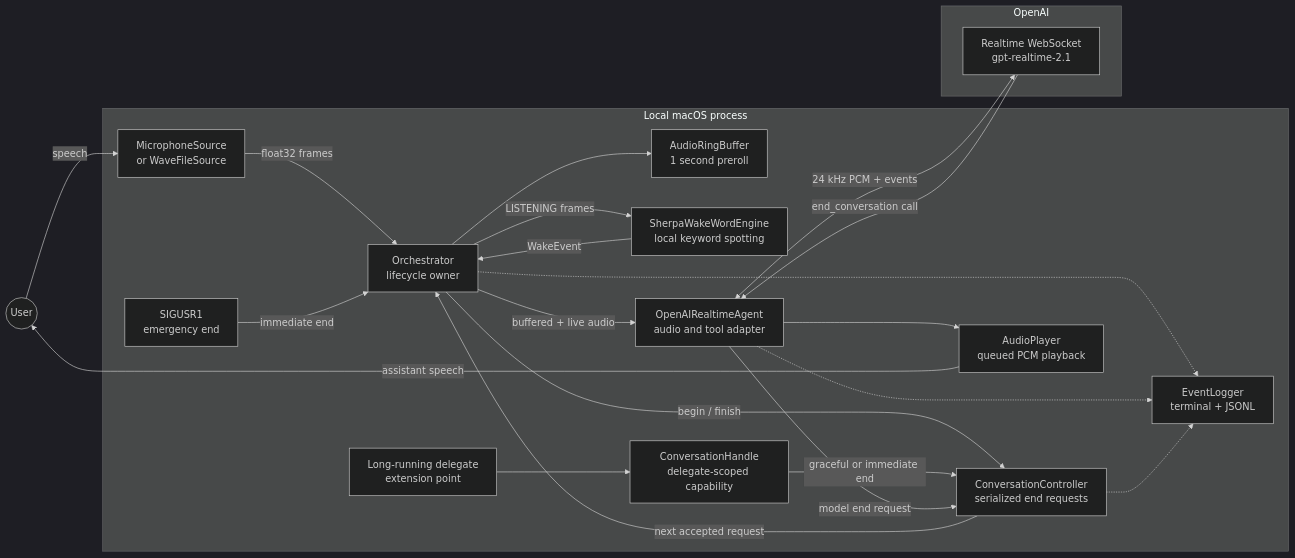
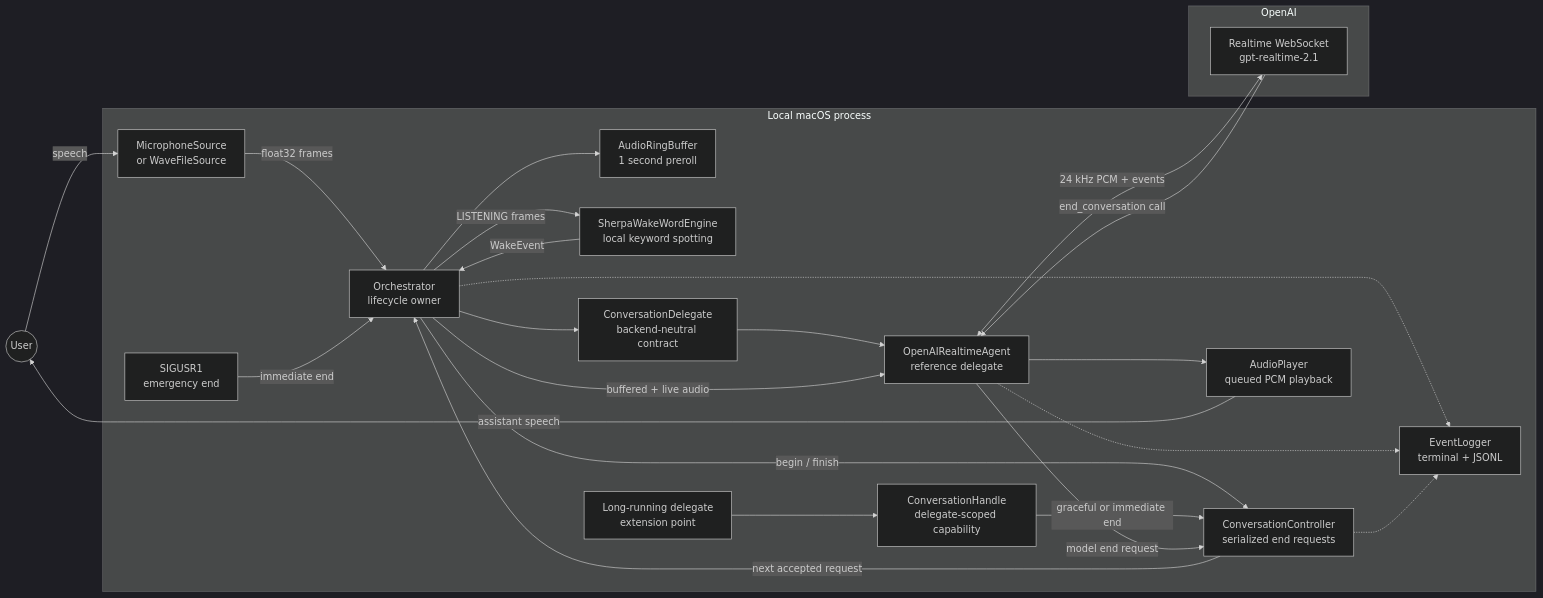
The first of 10 diagrams in docs/architecture.md (kamikaz1k/wake-on), drawn with Mermaid (dark theme) before and after one commit. The commit also changed other lines of this file and 22 other files, not shown here.

Commit message:
Add backend-neutral delegate process support

````diff
--- a/docs/architecture.md
+++ b/docs/architecture.md
@@ -19,44 +20,47 @@
 ```mermaid
 flowchart LR
     User(("User"))
 
     subgraph Local["Local macOS process"]
         Source["MicrophoneSource<br/>or WaveFileSource"]
         Ring["AudioRingBuffer<br/>1 second preroll"]
         KWS["SherpaWakeWordEngine<br/>local keyword spotting"]
         Harness["Orchestrator<br/>lifecycle owner"]
         Control["ConversationController<br/>serialized end requests"]
         Handle["ConversationHandle<br/>delegate-scoped capability"]
-        Agent["OpenAIRealtimeAgent<br/>audio and tool adapter"]
+        Contract["ConversationDelegate<br/>backend-neutral contract"]
+        Agent["OpenAIRealtimeAgent<br/>reference delegate"]
         Player["AudioPlayer<br/>queued PCM playback"]
         Delegate["Long-running delegate<br/>extension point"]
         Signal["SIGUSR1<br/>emergency end"]
         Logs["EventLogger<br/>terminal + JSONL"]
     end
 
     subgraph Remote["OpenAI"]
         Realtime["Realtime WebSocket<br/>gpt-realtime-2.1"]
     end
 
     User -->|"speech"| Source
     Source -->|"float32 frames"| Harness
     Harness --> Ring
     Harness -->|"LISTENING frames"| KWS
     KWS -->|"WakeEvent"| Harness
+    Harness --> Contract
+    Contract --> Agent
     Harness -->|"buffered + live audio"| Agent
     Agent <-->|"24 kHz PCM + events"| Realtime
     Agent --> Player
     Player -->|"assistant speech"| User
 
     Harness -->|"begin / finish"| Control
     Delegate --> Handle
     Handle -->|"graceful or immediate end"| Control
     Realtime -->|"end_conversation call"| Agent
     Agent -->|"model end request"| Control
     Signal -->|"immediate end"| Harness
     Control -->|"next accepted request"| Harness
 
     Harness -.-> Logs
     Agent -.-> Logs
     Control -.-> Logs
 ```
````
